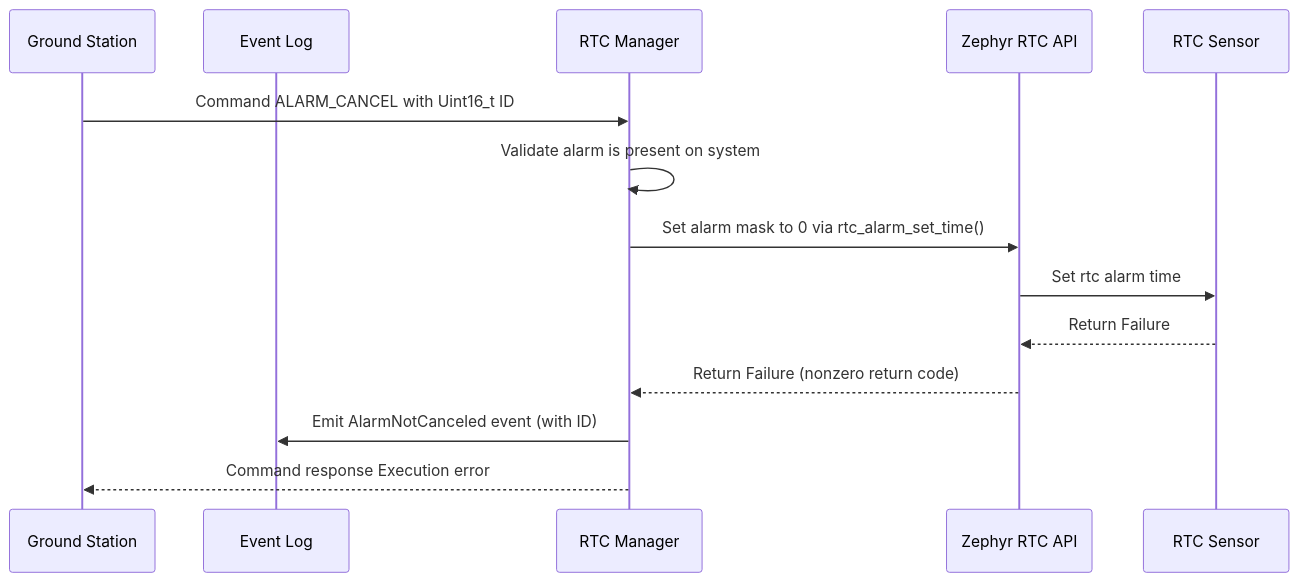
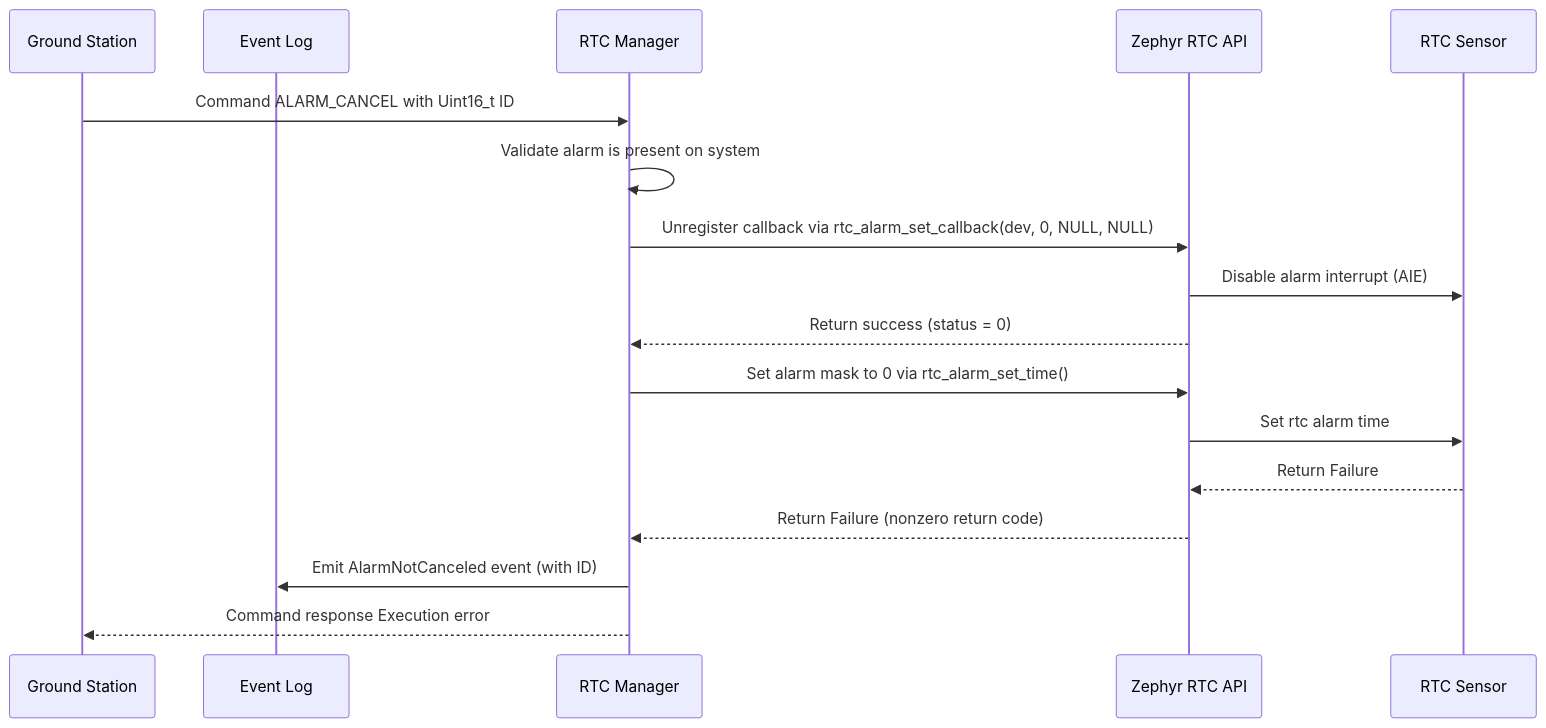
Diagram 13 of 17 in docs-site/components/RtcManager.md (Open-Source-Space-Foundation/proves-core-reference), drawn with Mermaid before and after one commit. The commit also changed other lines of this file and 5 other files, not shown here.

Commit message:
fix(rtc): alarm interrupt path (#524)

````diff
--- a/docs-site/components/RtcManager.md
+++ b/docs-site/components/RtcManager.md
@@ -432,17 +466,20 @@
 ```mermaid
 sequenceDiagram
     participant Ground Station
     participant Event Log
     participant RTC Manager
     participant Zephyr RTC API
     participant RTC Sensor
 
     Ground Station->>RTC Manager: Command ALARM_CANCEL with Uint16_t ID
     RTC Manager->>RTC Manager: Validate alarm is present on system
+    RTC Manager->>Zephyr RTC API: Unregister callback via rtc_alarm_set_callback(dev, 0, NULL, NULL)
+    Zephyr RTC API->>RTC Sensor: Disable alarm interrupt (AIE)
+    Zephyr RTC API-->>RTC Manager: Return success (status = 0)
     RTC Manager->>Zephyr RTC API: Set alarm mask to 0 via rtc_alarm_set_time()
     Zephyr RTC API->>RTC Sensor: Set rtc alarm time
     RTC Sensor-->>Zephyr RTC API: Return Failure
     Zephyr RTC API-->>RTC Manager: Return Failure (nonzero return code)
     RTC Manager->>Event Log: Emit AlarmNotCanceled event (with ID)
     RTC Manager-->>Ground Station: Command response Execution error
 ```
````
